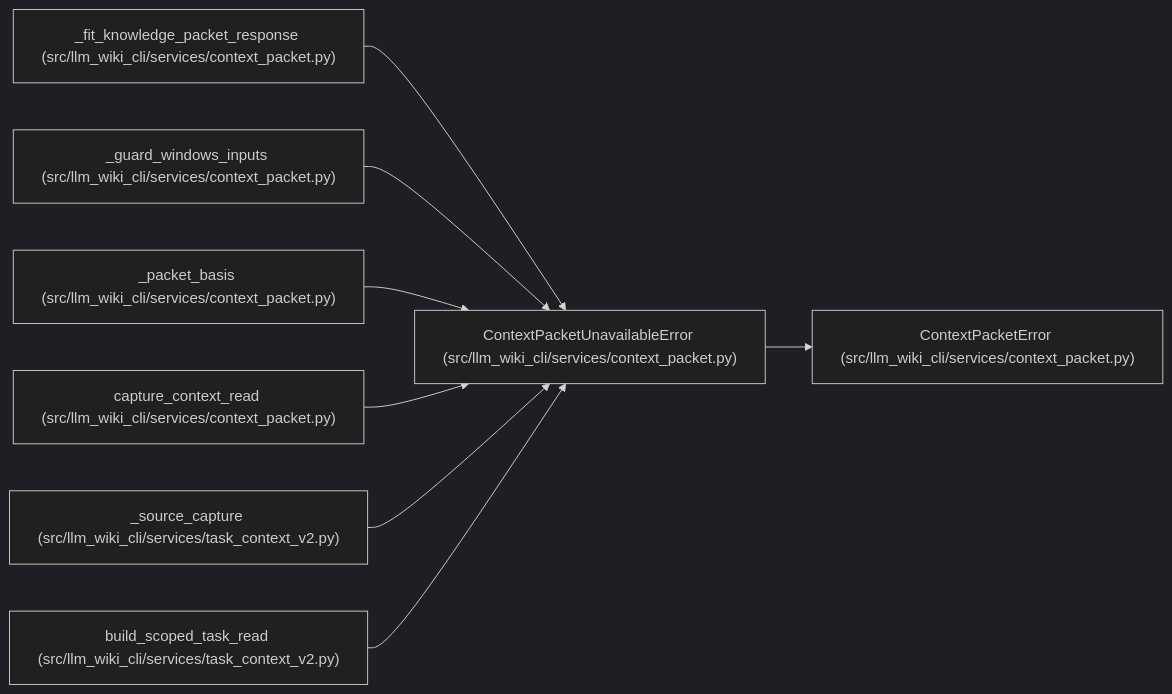
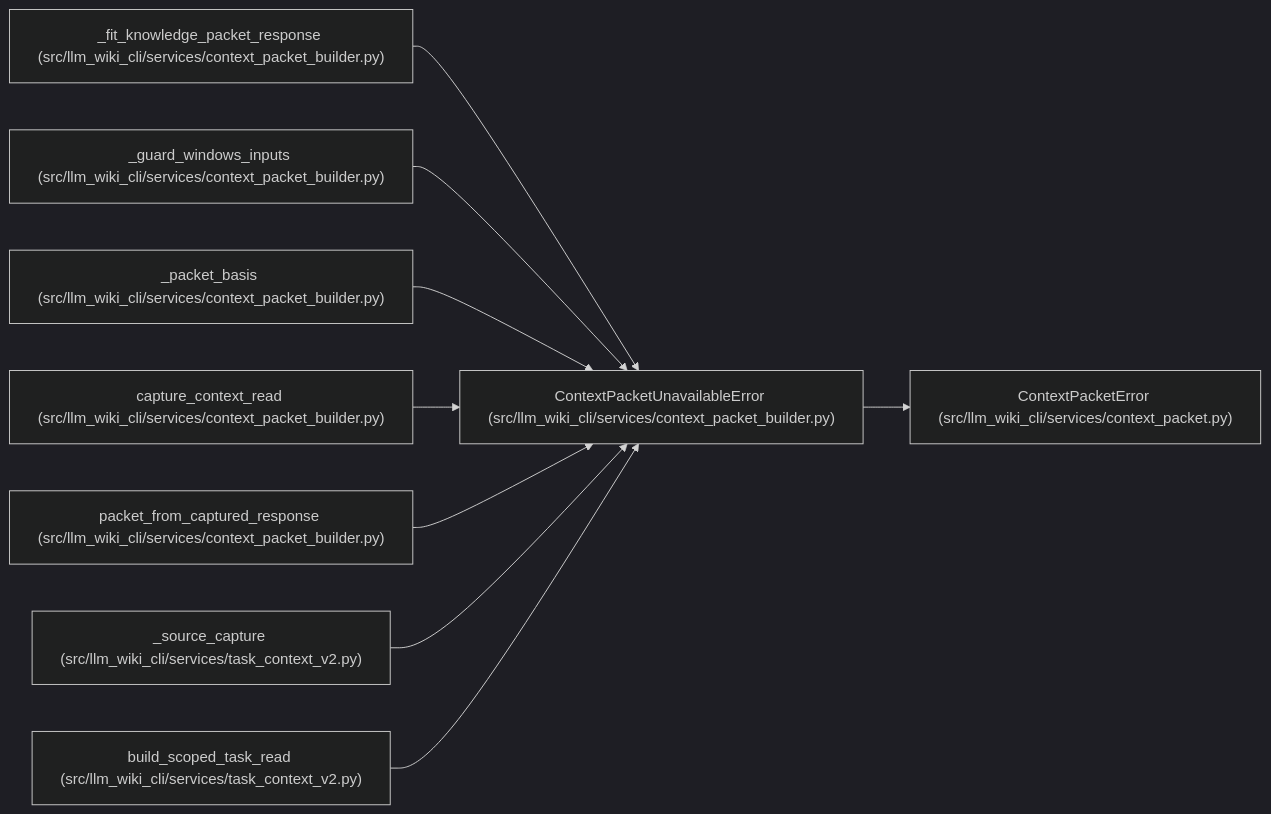
The diagram in docs/llm_wiki/entities/ContextPacketUnavailableError.md (Denissvgn/python-wiki-llm), drawn with Mermaid (dark theme) before and after one commit. The commit also changed other lines of this file and 1555 other files, not shown here.

````diff
--- a/docs/llm_wiki/entities/ContextPacketUnavailableError.md
+++ b/docs/llm_wiki/entities/ContextPacketUnavailableError.md
@@ -25,26 +25,29 @@
 ```mermaid
 flowchart LR
-    n0["ContextPacketUnavailableError (src/llm_wiki_cli/services/context_packet.py)"]
+    n0["ContextPacketUnavailableError (src/llm_wiki_cli/services/context_packet_builder.py)"]
     n1["ContextPacketError (src/llm_wiki_cli/services/context_packet.py)"]
-    n2["_fit_knowledge_packet_response (src/llm_wiki_cli/services/context_packet.py)"]
-    n3["_guard_windows_inputs (src/llm_wiki_cli/services/context_packet.py)"]
-    n4["_packet_basis (src/llm_wiki_cli/services/context_packet.py)"]
-    n5["capture_context_read (src/llm_wiki_cli/services/context_packet.py)"]
-    n6["_source_capture (src/llm_wiki_cli/services/task_context_v2.py)"]
-    n7["build_scoped_task_read (src/llm_wiki_cli/services/task_context_v2.py)"]
+    n2["_fit_knowledge_packet_response (src/llm_wiki_cli/services/context_packet_builder.py)"]
+    n3["_guard_windows_inputs (src/llm_wiki_cli/services/context_packet_builder.py)"]
+    n4["_packet_basis (src/llm_wiki_cli/services/context_packet_builder.py)"]
+    n5["capture_context_read (src/llm_wiki_cli/services/context_packet_builder.py)"]
+    n6["packet_from_captured_response (src/llm_wiki_cli/services/context_packet_builder.py)"]
+    n7["_source_capture (src/llm_wiki_cli/services/task_context_v2.py)"]
+    n8["build_scoped_task_read (src/llm_wiki_cli/services/task_context_v2.py)"]
     n0 --> n1
     n2 --> n0
     n3 --> n0
     n4 --> n0
     n5 --> n0
     n6 --> n0
     n7 --> n0
-    click n0 "../modules/context_packet.md"
+    n8 --> n0
+    click n0 "../modules/context_packet_builder.md"
     click n1 "../modules/context_packet.md"
-    click n2 "../modules/context_packet.md"
-    click n3 "../modules/context_packet.md"
-    click n4 "../modules/context_packet.md"
-    click n5 "../modules/context_packet.md"
-    click n6 "../modules/task_context_v2.md"
+    click n2 "../modules/context_packet_builder.md"
+    click n3 "../modules/context_packet_builder.md"
+    click n4 "../modules/context_packet_builder.md"
+    click n5 "../modules/context_packet_builder.md"
+    click n6 "../modules/context_packet_builder.md"
     click n7 "../modules/task_context_v2.md"
+    click n8 "../modules/task_context_v2.md"
 ```
````
